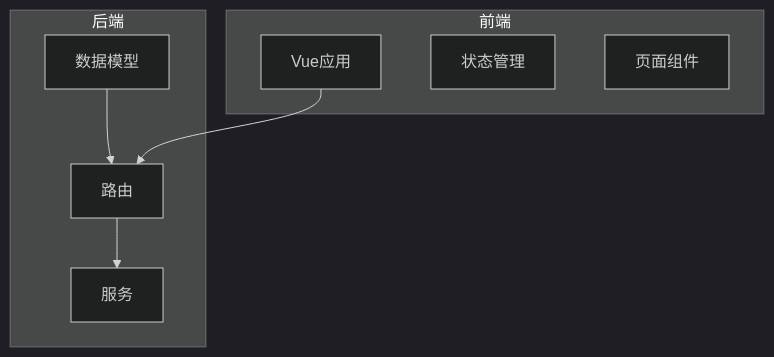
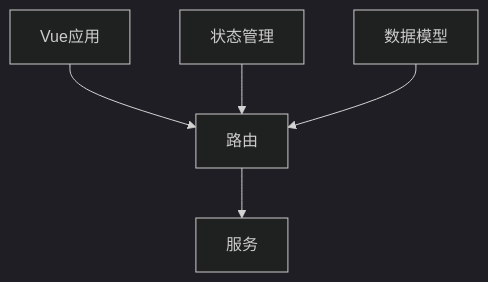
The first of 7 diagrams in wiki/数据库设计/表结构/医疗报告表 (medical_reports).md (xingranya/CervixDetectAI), drawn with Mermaid (dark theme) before and after one commit. The commit also changed other lines of this file and 35 other files, not shown here.

First line of the commit message:
docs(readme): 优化并统一项目文档中的流程图与说明

````diff
--- a/wiki/数据库设计/表结构/医疗报告表 (medical_reports).md
+++ b/wiki/数据库设计/表结构/医疗报告表 (medical_reports).md
@@ -23,16 +23,7 @@
 ```mermaid
-graph TB
-subgraph "前端"
-VueApp[Vue应用]
-Stores[状态管理]
-Pages[页面组件]
-end
-subgraph "后端"
-Models[数据模型]
-Routes[路由]
-Services[服务]
-end
-Models --> Routes
-Routes --> Services
-VueApp --> Routes
+flowchart TB
+VueApp[Vue应用] --> Routes[路由]
+Stores[状态管理] --> Routes
+Models[数据模型] --> Routes
+Routes --> Services[服务]
 ```
````
